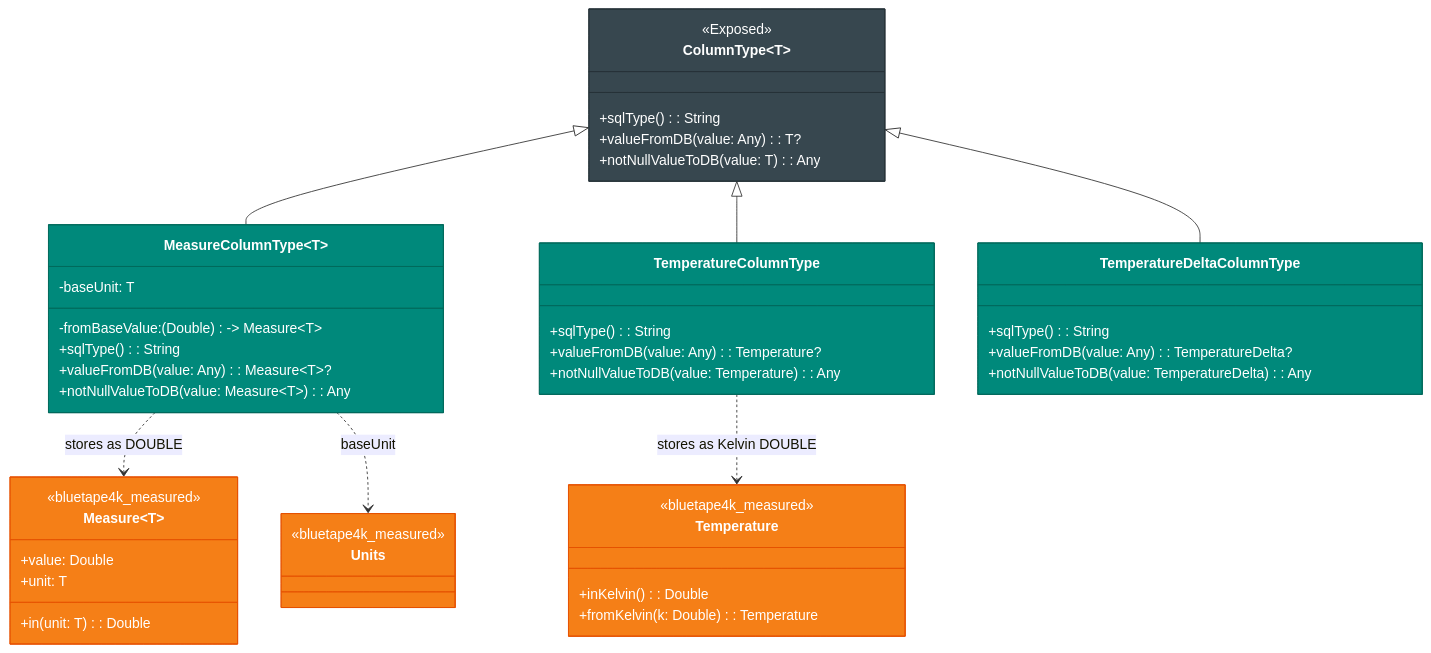
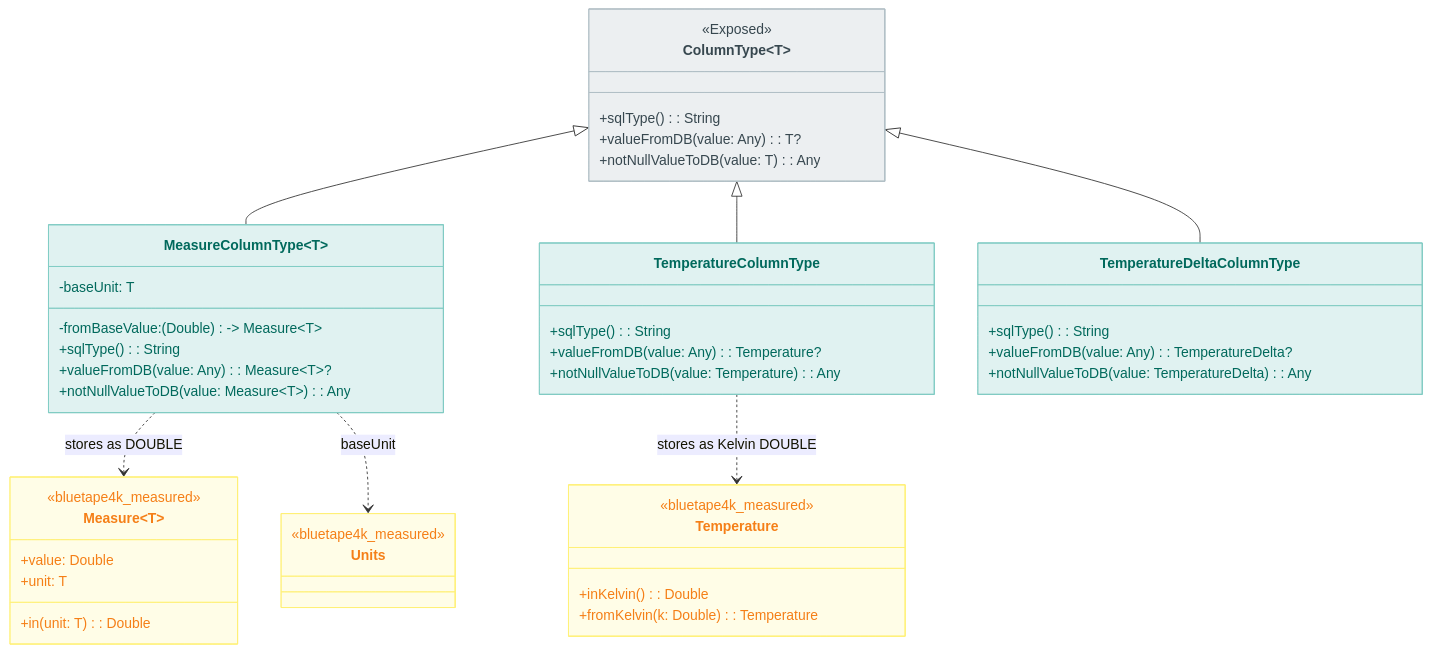
The first of 3 diagrams in data/exposed-measured/README.ko.md (bluetape4k/bluetape4k-projects), drawn with Mermaid before and after one commit. The commit also changed other lines of this file and 219 other files, not shown here.

First line of the commit message:
docs: 전체 README Mermaid 다이어그램 가이드 적용

````diff
--- a/data/exposed-measured/README.ko.md
+++ b/data/exposed-measured/README.ko.md
@@ -29,57 +29,57 @@
 ```mermaid
 classDiagram
     class ColumnType~T~ {
         <<Exposed>>
         +sqlType(): String
         +valueFromDB(value: Any): T?
         +notNullValueToDB(value: T): Any
     }
 
     class MeasureColumnType~T~ {
         -baseUnit: T
         -fromBaseValue: (Double) -> Measure~T~
         +sqlType(): String
         +valueFromDB(value: Any): Measure~T~?
         +notNullValueToDB(value: Measure~T~): Any
     }
     class TemperatureColumnType {
         +sqlType(): String
         +valueFromDB(value: Any): Temperature?
         +notNullValueToDB(value: Temperature): Any
     }
     class TemperatureDeltaColumnType {
         +sqlType(): String
         +valueFromDB(value: Any): TemperatureDelta?
         +notNullValueToDB(value: TemperatureDelta): Any
     }
 
     class Measure~T~ {
         <<bluetape4k_measured>>
         +value: Double
         +unit: T
         +in(unit: T): Double
     }
     class Units {
         <<bluetape4k_measured>>
     }
     class Temperature {
         <<bluetape4k_measured>>
         +inKelvin(): Double
         +fromKelvin(k: Double): Temperature
     }
 
     ColumnType <|-- MeasureColumnType
     ColumnType <|-- TemperatureColumnType
     ColumnType <|-- TemperatureDeltaColumnType
     MeasureColumnType ..> Measure : stores as DOUBLE
     MeasureColumnType ..> Units : baseUnit
     TemperatureColumnType ..> Temperature : stores as Kelvin DOUBLE
 
-    style ColumnType fill:#37474F,stroke:#263238,color:#FFFFFF
-    style MeasureColumnType fill:#00897B,stroke:#00695C,color:#FFFFFF
-    style TemperatureColumnType fill:#00897B,stroke:#00695C,color:#FFFFFF
-    style TemperatureDeltaColumnType fill:#00897B,stroke:#00695C,color:#FFFFFF
-    style Measure fill:#F57F17,stroke:#E65100,color:#FFFFFF
-    style Units fill:#F57F17,stroke:#E65100,color:#FFFFFF
-    style Temperature fill:#F57F17,stroke:#E65100,color:#FFFFFF
+    style ColumnType fill:#ECEFF1,stroke:#B0BEC5,color:#37474F
+    style MeasureColumnType fill:#E0F2F1,stroke:#80CBC4,color:#00695C
+    style TemperatureColumnType fill:#E0F2F1,stroke:#80CBC4,color:#00695C
+    style TemperatureDeltaColumnType fill:#E0F2F1,stroke:#80CBC4,color:#00695C
+    style Measure fill:#FFFDE7,stroke:#FFF176,color:#F57F17
+    style Units fill:#FFFDE7,stroke:#FFF176,color:#F57F17
+    style Temperature fill:#FFFDE7,stroke:#FFF176,color:#F57F17
 ```
````
